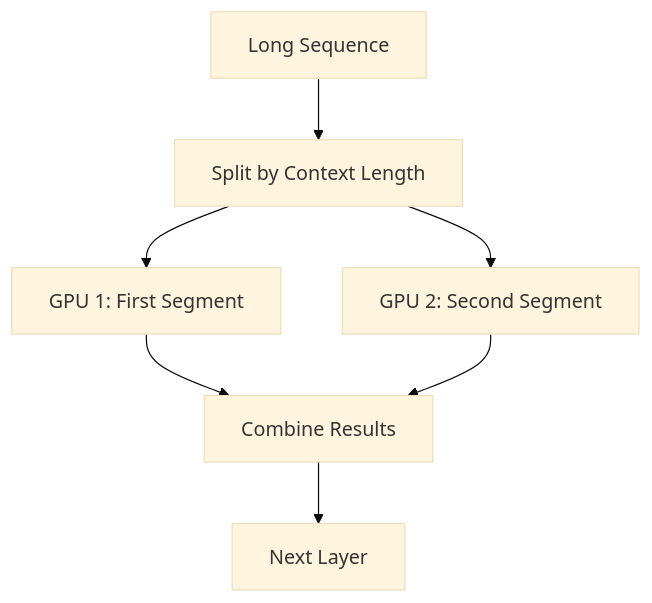
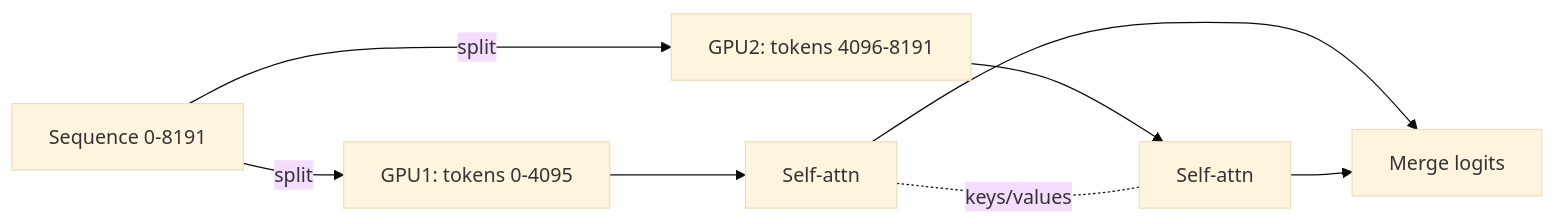
The fourth of 7 diagrams in docs/blog/posts/2025-04-28-scaling-llms.md (slavadubrov/notes), drawn with Mermaid (base theme) before and after one commit. The commit also changed other lines of this file, not shown here.

````diff
--- a/docs/blog/posts/2025-04-28-scaling-llms.md
+++ b/docs/blog/posts/2025-04-28-scaling-llms.md
@@ -82,9 +132,9 @@
 ```mermaid
-graph TD
-    A[Long Sequence] --> B[Split by Context Length]
-    B --> C1[GPU 1: First Segment]
-    B --> C2[GPU 2: Second Segment]
-    C1 --> D[Combine Results]
-    C2 --> D
-    D --> E[Next Layer]
+flowchart LR
+    S[Sequence 0‑8191] --> |split| T0[GPU1: tokens 0‑4095]
+    S --> |split| T1[GPU2: tokens 4096‑8191]
+    T0 --> A0[Self‑attn]
+    T1 --> A1[Self‑attn]
+    A0 -. keys/values .- A1
+    A0 & A1 --> M[Merge logits]
 ```
````
